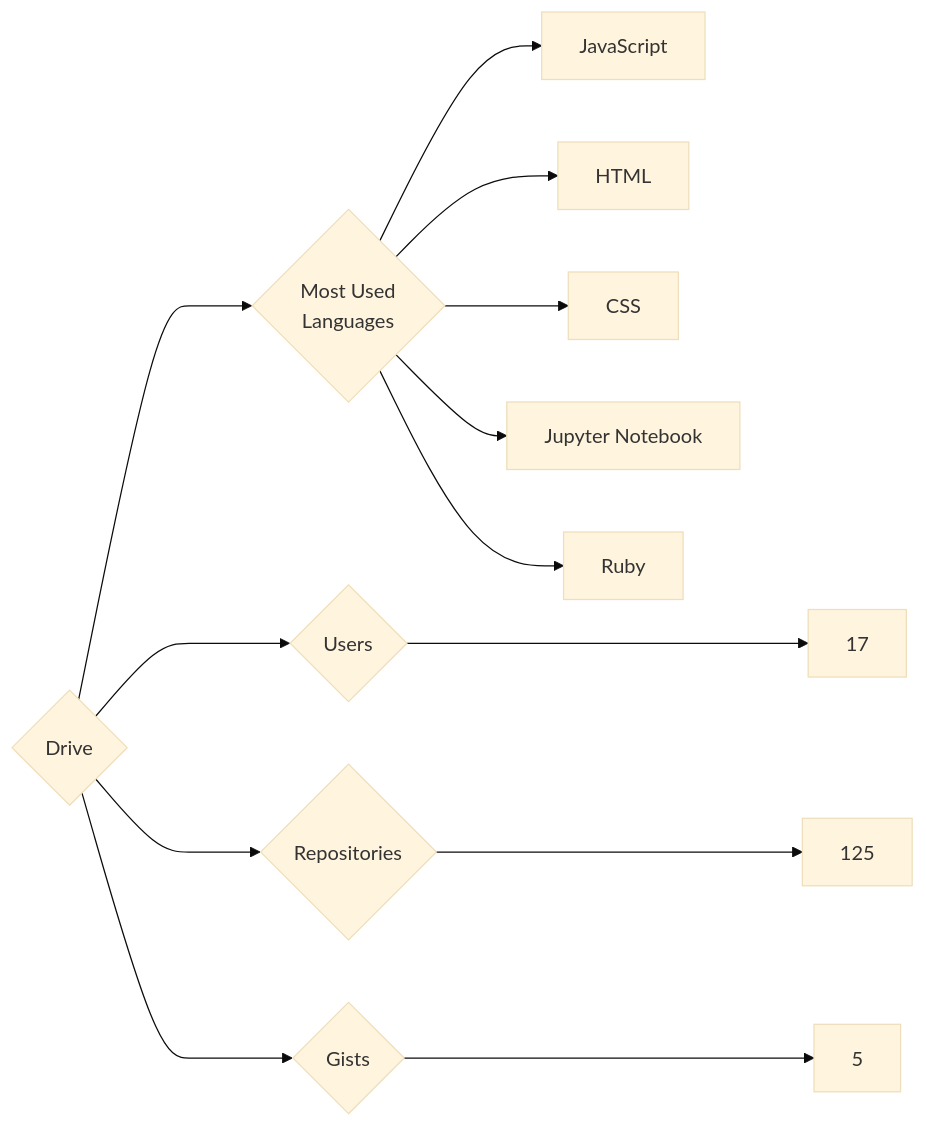
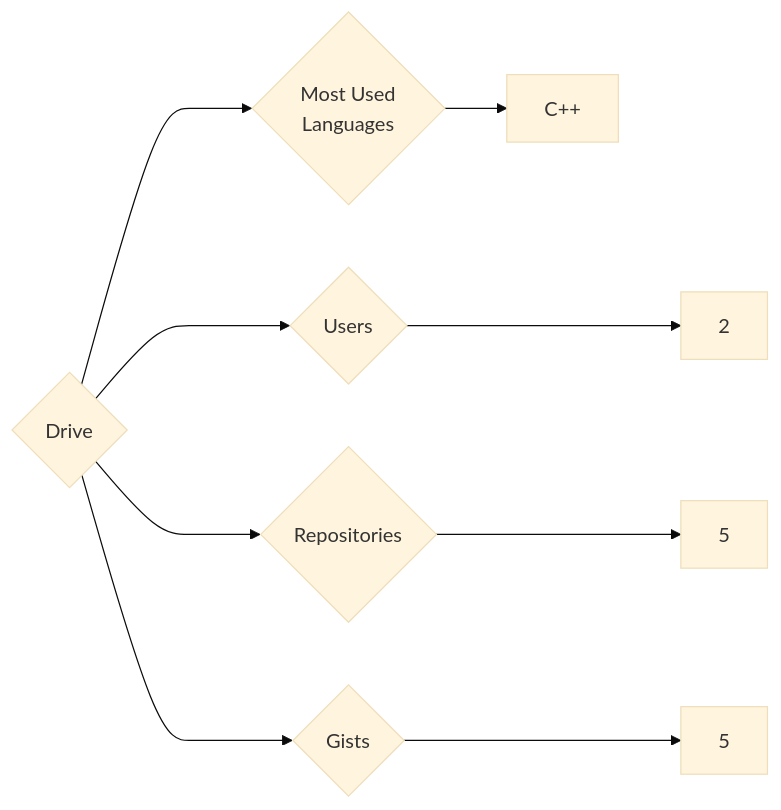
The diagram in targets/Drive/README.md (trickest/insiders), drawn with Mermaid (base theme) before and after one commit. The commit also changed 681 other files, not shown here.

````diff
--- a/targets/Drive/README.md
+++ b/targets/Drive/README.md
@@ -3,13 +3,9 @@
 ```mermaid
 graph LR
 COMPANY_NAME{Drive}
-COMPANY_NAME ---> U{Users} ---> UN[17]
-COMPANY_NAME ---> R{Repositories} ---> RN[125]
+COMPANY_NAME ---> U{Users} ---> UN[2]
+COMPANY_NAME ---> R{Repositories} ---> RN[5]
 COMPANY_NAME ---> G{Gists} ---> GN[5]
 COMPANY_NAME ---> ML{Most Used<br>Languages}
-ML --> JavaScript[JavaScript]
-ML --> HTML[HTML]
-ML --> CSS[CSS]
-ML --> Jupyter_Notebook[Jupyter Notebook]
-ML --> Ruby[Ruby]
+ML --> C++[C++]
 ```
````
